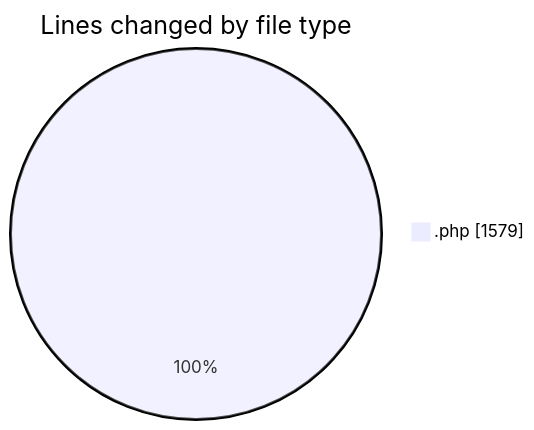
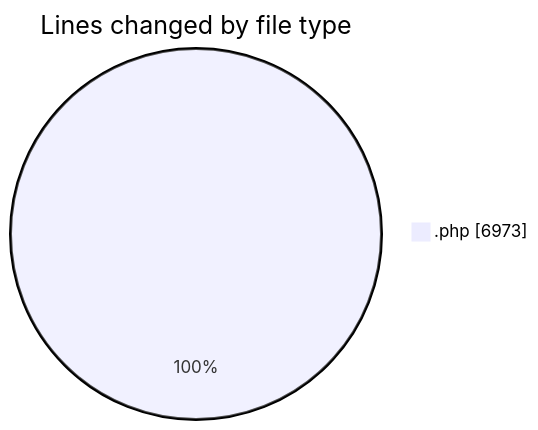
One commit to vahidmafi/code-tracking changed the first of 2 diagrams in 2025-04-17/zeytoon/README.md. Above: the diagram before and after it, drawn with Mermaid. The commit also changed other lines of this file and 1 other file, not shown here.

````diff
--- a/2025-04-17/zeytoon/README.md
+++ b/2025-04-17/zeytoon/README.md
@@ -23,5 +25,5 @@
 ```mermaid
 pie showData
 title Lines changed by file type
-".php" : 1579
+".php" : 6973
 ```
````
